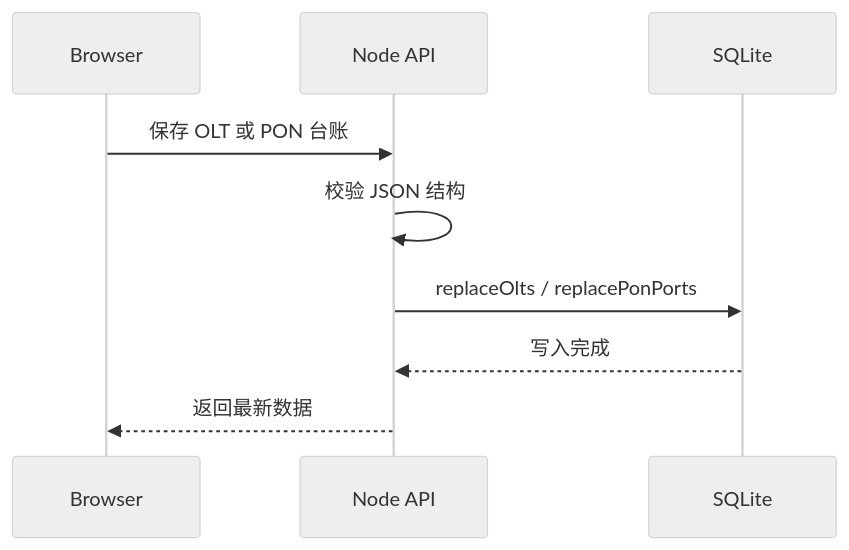
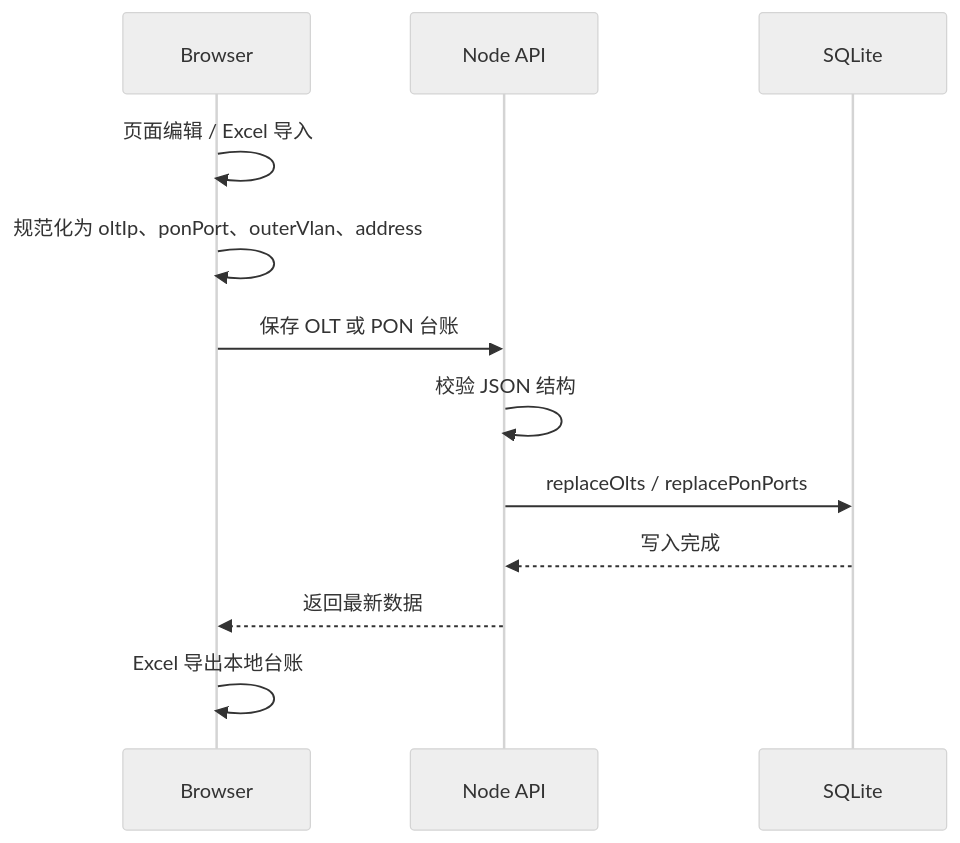
The fifth of 6 diagrams in docs/design/sequence.md (landvd/OLT-Manager), drawn with Mermaid (neutral theme) before and after one commit. The commit also changed other lines of this file and 12 other files, not shown here.

````diff
--- a/docs/design/sequence.md
+++ b/docs/design/sequence.md
@@ -101,12 +103,15 @@
 ```mermaid
 sequenceDiagram
   participant Browser as Browser
   participant API as Node API
   participant DB as SQLite
 
+  Browser->>Browser: 页面编辑 / Excel 导入
+  Browser->>Browser: 规范化为 oltIp、ponPort、outerVlan、address
   Browser->>API: 保存 OLT 或 PON 台账
   API->>API: 校验 JSON 结构
   API->>DB: replaceOlts / replacePonPorts
   DB-->>API: 写入完成
   API-->>Browser: 返回最新数据
+  Browser->>Browser: Excel 导出本地台账
 ```
````
